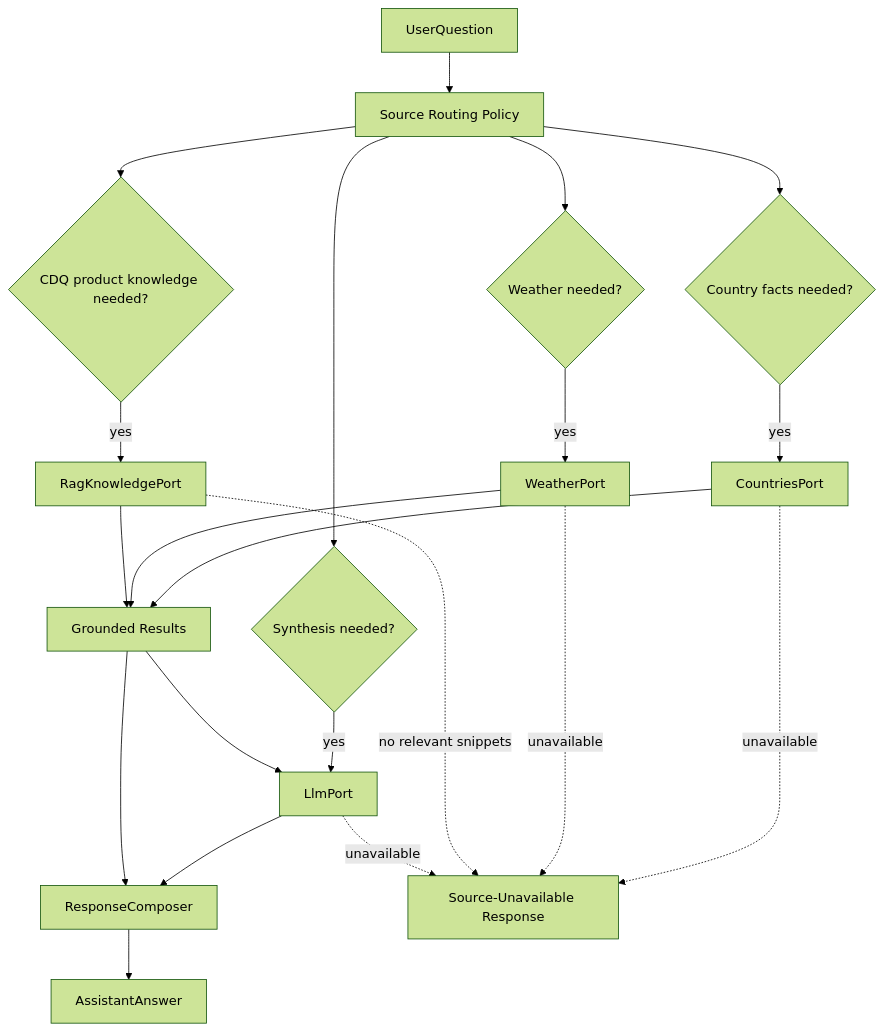
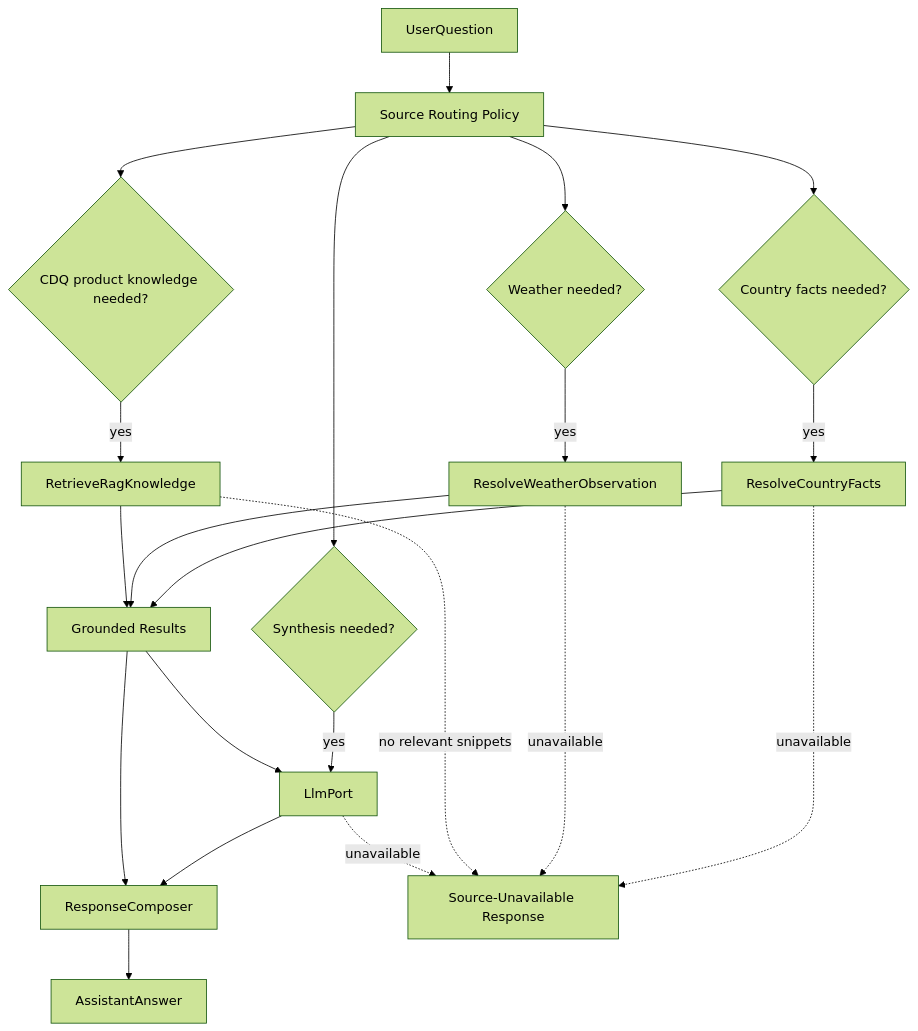
The fifth of 6 diagrams in docs/spec/05-architecture.md (lyingparachute/ai-assistant), drawn with Mermaid (forest theme) before and after one commit. The commit also changed other lines of this file and 412 other files, not shown here.

First line of the commit message:
refactor(assistant): hexagonal feature-slice architecture

````diff
--- a/docs/spec/05-architecture.md
+++ b/docs/spec/05-architecture.md
@@ -409,26 +456,26 @@
 ```mermaid
 flowchart TD
     Question[UserQuestion] --> Router[Source Routing Policy]
     Router --> CountryNeeded{Country facts needed?}
     Router --> WeatherNeeded{Weather needed?}
     Router --> RagNeeded{CDQ product knowledge needed?}
     Router --> GeneralNeeded{Synthesis needed?}
 
-    CountryNeeded -- yes --> Countries[CountriesPort]
-    WeatherNeeded -- yes --> Weather[WeatherPort]
-    RagNeeded -- yes --> Rag[RagKnowledgePort]
+    CountryNeeded -- yes --> Countries[ResolveCountryFacts]
+    WeatherNeeded -- yes --> Weather[ResolveWeatherObservation]
+    RagNeeded -- yes --> Rag[RetrieveRagKnowledge]
     GeneralNeeded -- yes --> Llm[LlmPort]
 
     Countries --> Results[Grounded Results]
     Weather --> Results
     Rag --> Results
     Results --> Llm
     Llm --> Composer[ResponseComposer]
     Results --> Composer
     Composer --> Answer[AssistantAnswer]
 
     Countries -. unavailable .-> Unavailable[Source-Unavailable Response]
     Weather -. unavailable .-> Unavailable
     Rag -. no relevant snippets .-> Unavailable
     Llm -. unavailable .-> Unavailable
 ```
````
